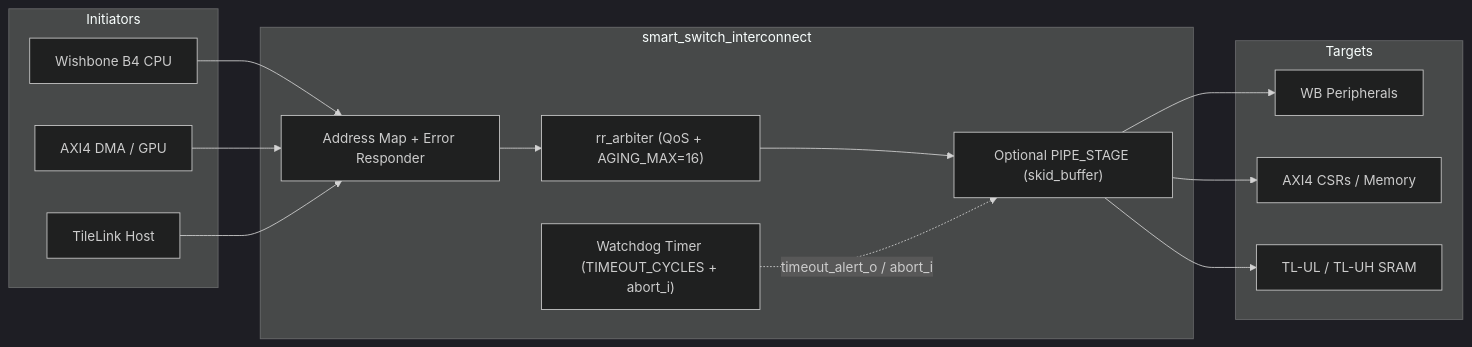
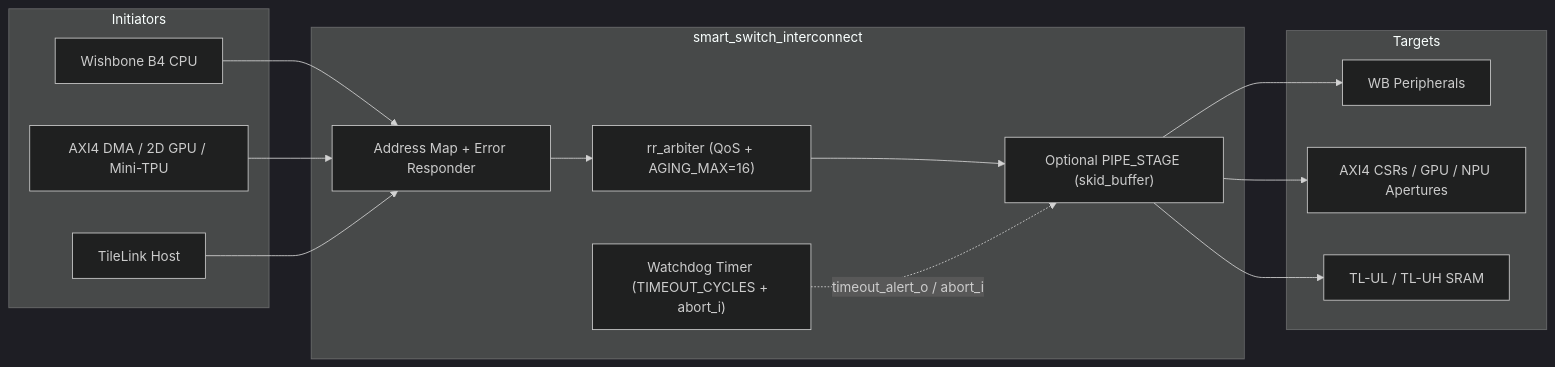
One commit to BaiTian6641/SoC_IPs changed the diagram in docs/00_architecture_overview.md. Above: the diagram before and after it, drawn with Mermaid (dark theme). The commit also changed other lines of this file and 18 other files, not shown here.

Commit message:
Add programmable Mini-TPU/NPU (NVFP4/FP8/INT8) with Tri-Bus & AXIS interfaces, tests, and docs

````diff
--- a/docs/00_architecture_overview.md
+++ b/docs/00_architecture_overview.md
@@ -26,29 +26,29 @@
 ```mermaid
 flowchart LR
   subgraph Initiators
     WB_M["Wishbone B4 CPU"]
-    AXI_M["AXI4 DMA / GPU"]
+    AXI_M["AXI4 DMA / 2D GPU / Mini-TPU"]
     TL_M["TileLink Host"]
   end
 
   subgraph Fabric["smart_switch_interconnect"]
     DEC["Address Map + Error Responder"]
     ARB["rr_arbiter (QoS + AGING_MAX=16)"]
     PIPE["Optional PIPE_STAGE (skid_buffer)"]
     WDOG["Watchdog Timer (TIMEOUT_CYCLES + abort_i)"]
   end
 
   subgraph Targets
     WB_S["WB Peripherals"]
-    AXI_S["AXI4 CSRs / Memory"]
+    AXI_S["AXI4 CSRs / GPU / NPU Apertures"]
     TL_S["TL-UL / TL-UH SRAM"]
   end
 
   WB_M --> DEC
   AXI_M --> DEC
   TL_M --> DEC
   DEC --> ARB --> PIPE --> WB_S
   PIPE --> AXI_S
   PIPE --> TL_S
   WDOG -.->|"timeout_alert_o / abort_i"| PIPE
 ```
````
